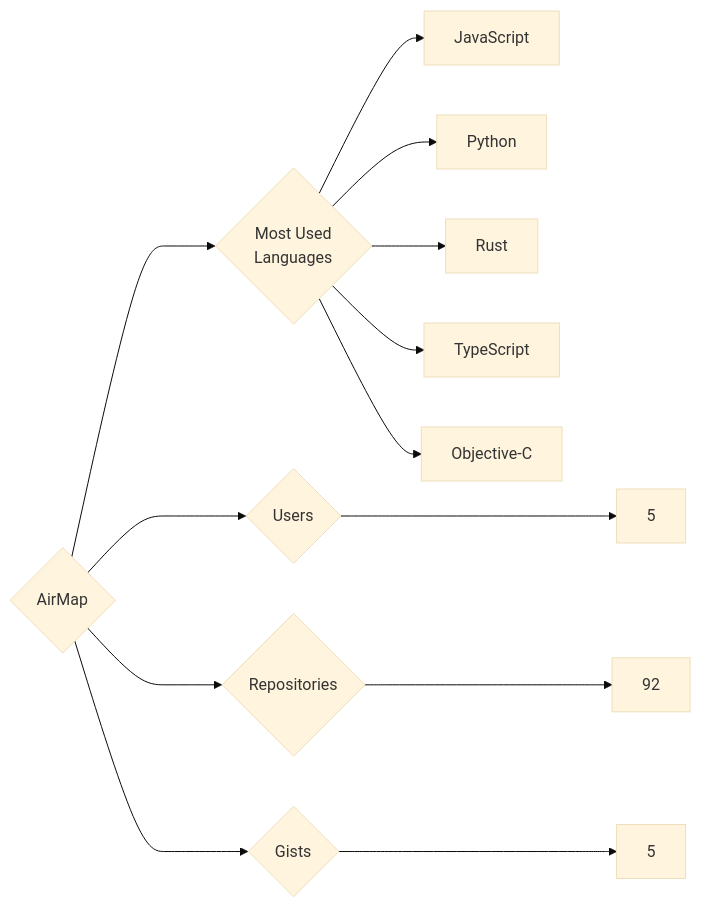
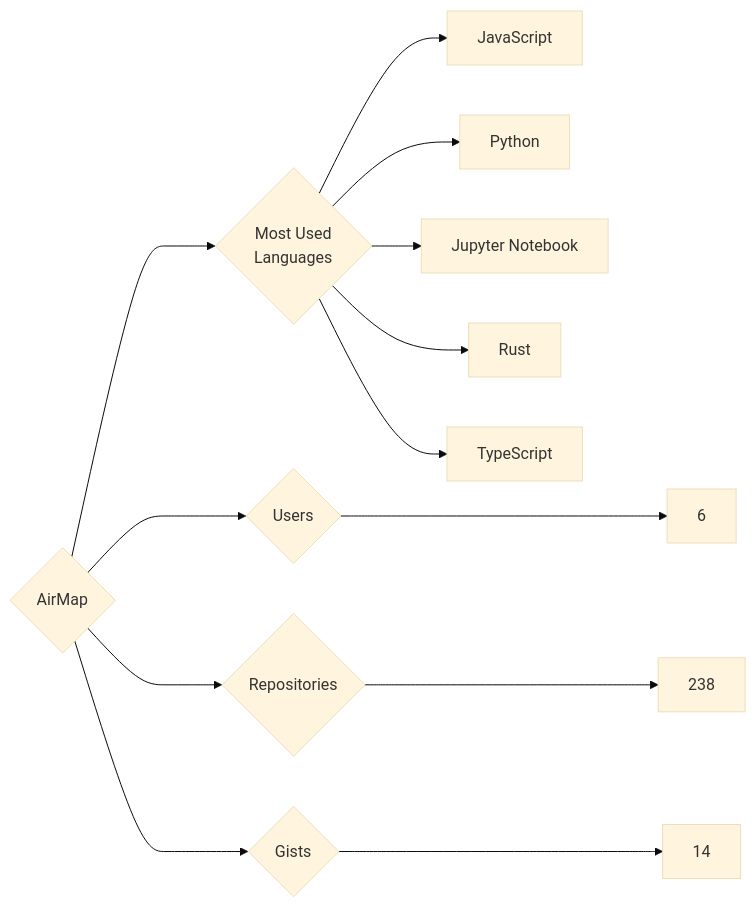
Before and after one commit to trickest/insiders: the diagram in targets/AirMap/README.md, drawn with Mermaid (base theme). The commit also changed 1120 other files, not shown here.

````diff
--- a/targets/AirMap/README.md
+++ b/targets/AirMap/README.md
@@ -3,13 +3,13 @@
 ```mermaid
 graph LR
 COMPANY_NAME{AirMap}
-COMPANY_NAME ---> U{Users} ---> UN[5]
-COMPANY_NAME ---> R{Repositories} ---> RN[92]
-COMPANY_NAME ---> G{Gists} ---> GN[5]
+COMPANY_NAME ---> U{Users} ---> UN[6]
+COMPANY_NAME ---> R{Repositories} ---> RN[238]
+COMPANY_NAME ---> G{Gists} ---> GN[14]
 COMPANY_NAME ---> ML{Most Used<br>Languages}
 ML --> JavaScript[JavaScript]
 ML --> Python[Python]
+ML --> Jupyter_Notebook[Jupyter Notebook]
 ML --> Rust[Rust]
 ML --> TypeScript[TypeScript]
-ML --> Objective-C[Objective-C]
 ```
````
